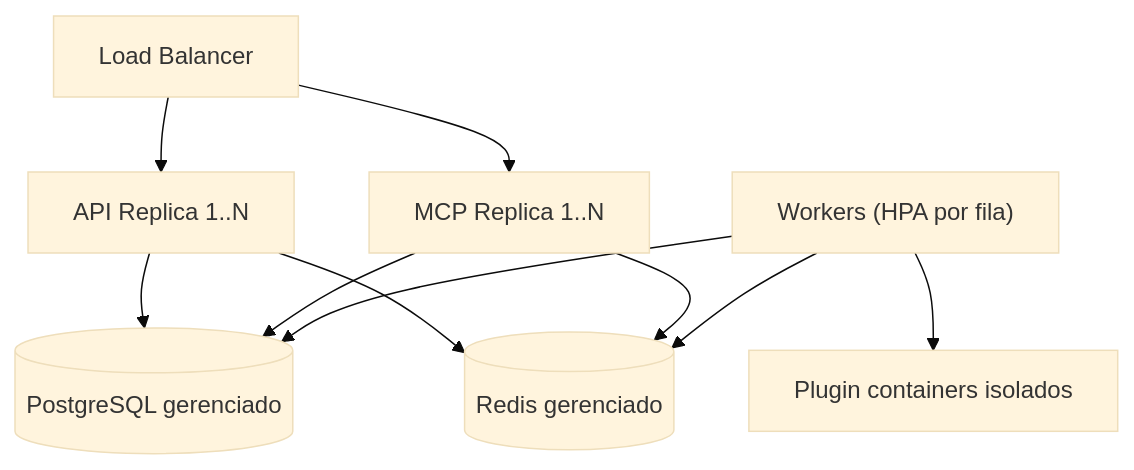
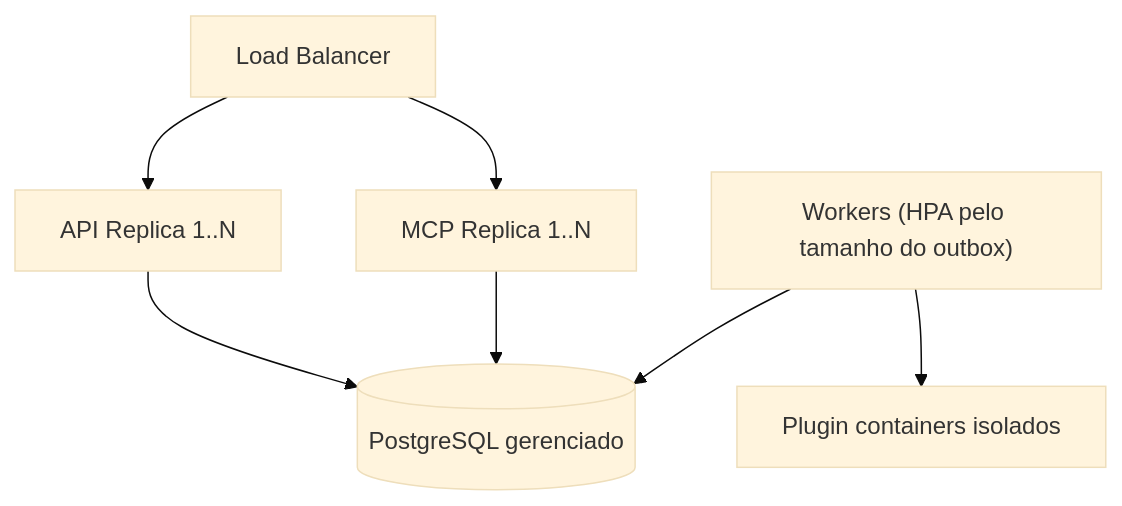
The second of 2 diagrams in docs/architecture/deployment.md (devjotaduo/ecoJotaduo), drawn with Mermaid (base theme) before and after one commit. The commit also changed other lines of this file and 39 other files, not shown here.

````diff
--- a/docs/architecture/deployment.md
+++ b/docs/architecture/deployment.md
@@ -39,18 +43,14 @@
 ```mermaid
 flowchart TB
     LB["Load Balancer"]
     LB --> APIA["API Replica 1..N"]
     LB --> MCPA["MCP Replica 1..N"]
-    WORKERS2["Workers (HPA por fila)"]
+    WORKERS2["Workers (HPA pelo tamanho do outbox)"]
     PG2[("PostgreSQL gerenciado")]
-    REDIS2[("Redis gerenciado")]
     PLUGINS["Plugin containers isolados"]
 
     APIA --> PG2
-    APIA --> REDIS2
     MCPA --> PG2
-    MCPA --> REDIS2
     WORKERS2 --> PG2
-    WORKERS2 --> REDIS2
     WORKERS2 --> PLUGINS
 ```
````
